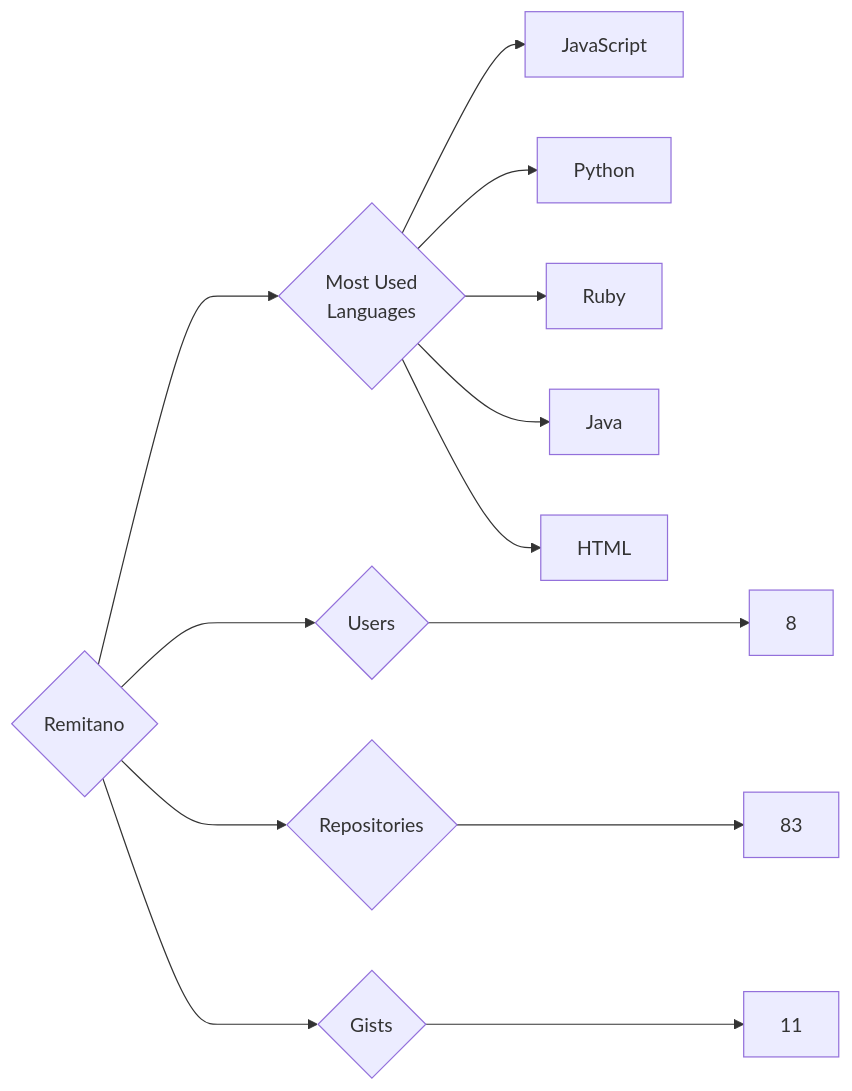
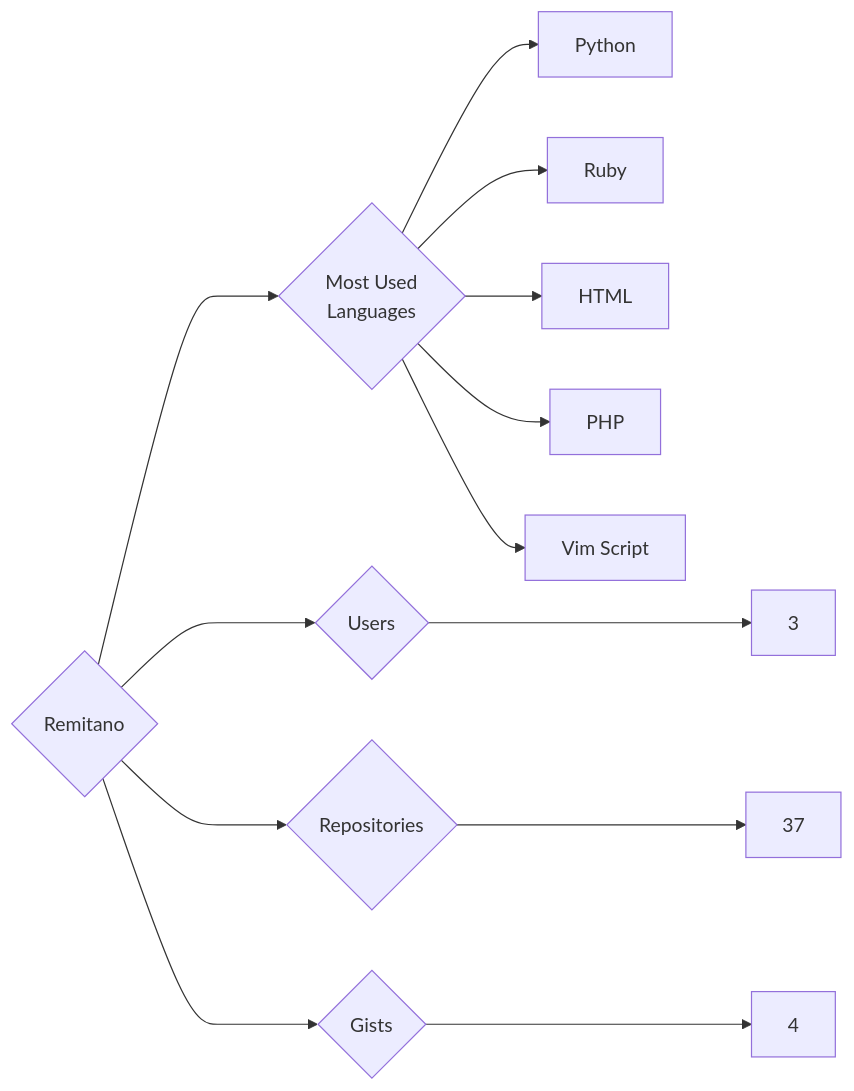
One commit to trickest/insiders changed the diagram in targets/Remitano/README.md. Above: the diagram before and after it, drawn with Mermaid. The commit also changed 695 other files, not shown here.

````diff
--- a/targets/Remitano/README.md
+++ b/targets/Remitano/README.md
@@ -3,13 +3,13 @@
 ```mermaid
 graph LR
 COMPANY_NAME{Remitano}
-COMPANY_NAME ---> U{Users} ---> UN[8]
-COMPANY_NAME ---> R{Repositories} ---> RN[83]
-COMPANY_NAME ---> G{Gists} ---> GN[11]
+COMPANY_NAME ---> U{Users} ---> UN[3]
+COMPANY_NAME ---> R{Repositories} ---> RN[37]
+COMPANY_NAME ---> G{Gists} ---> GN[4]
 COMPANY_NAME ---> ML{Most Used<br>Languages}
-ML --> JavaScript[JavaScript]
 ML --> Python[Python]
 ML --> Ruby[Ruby]
-ML --> Java[Java]
 ML --> HTML[HTML]
+ML --> PHP[PHP]
+ML --> Vim_Script[Vim Script]
 ```
````
